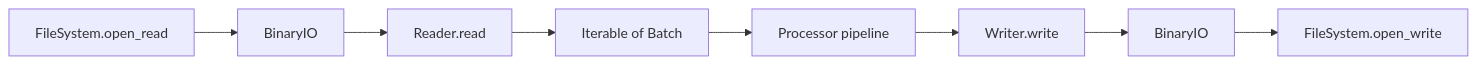
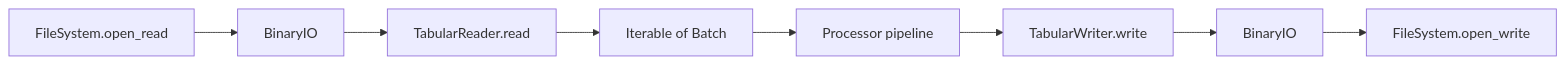
One commit to apaquette/ETLRelay changed the first of 3 diagrams in docs/architecture/reader_and_writer.md. Above: the diagram before and after it, drawn with Mermaid. The commit also changed other lines of this file and 20 other files, not shown here.

````diff
--- a/docs/architecture/reader_and_writer.md
+++ b/docs/architecture/reader_and_writer.md
@@ -13,10 +13,10 @@
 ```mermaid
 flowchart LR
     A[FileSystem.open_read] --> B[BinaryIO]
-    B --> C[Reader.read]
+    B --> C[TabularReader.read]
     C --> D[Iterable of Batch]
     D --> E[Processor pipeline]
-    E --> F[Writer.write]
+    E --> F[TabularWriter.write]
     F --> G[BinaryIO]
     G --> H[FileSystem.open_write]
 ```
````
